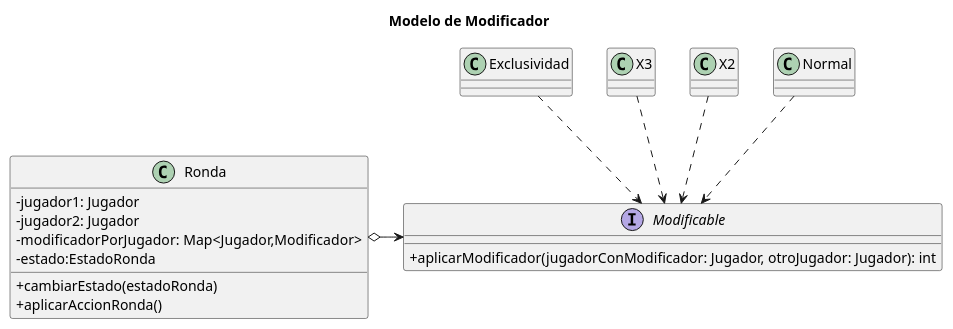
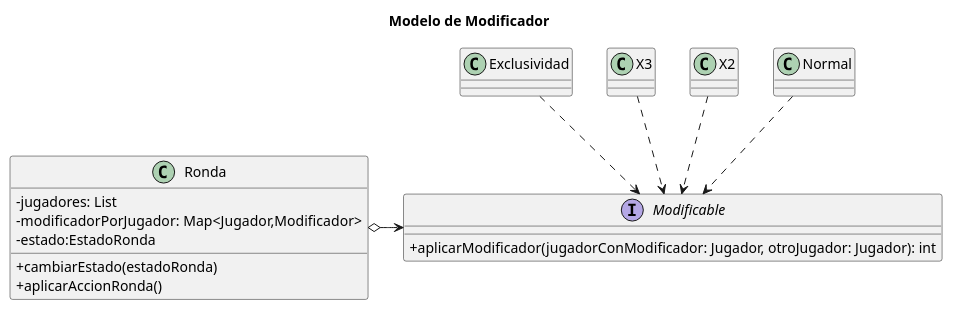
Before and after one commit to gylopezgiles/TP2: the diagram in doc/Diagramas/Diagramas_Clase/modificable/modificable.plantuml, drawn with PlantUML. The commit also changed 3 other files, not shown here.

```diff
--- a/doc/Diagramas/Diagramas_Clase/modificable/modificable.plantuml
+++ b/doc/Diagramas/Diagramas_Clase/modificable/modificable.plantuml
@@ -1,40 +1,39 @@
 @startuml
 title Modelo de Modificador
 skinparam classAttributeIconSize 0
 
 
 class Ronda {
-    - jugador1: Jugador
-    - jugador2: Jugador
+    - jugadores: List
     - modificadorPorJugador: Map<Jugador,Modificador>
     - estado:EstadoRonda
 
     + cambiarEstado(estadoRonda)
     + aplicarAccionRonda()
 }
 
 interface Modificable{
     + aplicarModificador(jugadorConModificador: Jugador, otroJugador: Jugador): int
 }
 
 class Normal{
 }
 
 class X2{
 }
 
 class X3{
 }
 
 class Exclusividad{
 }
 
 
 Ronda o-> Modificable
 
 Modificable <.up. Normal
 Modificable <.up. X2
 Modificable <.up. X3
 Modificable <.up. Exclusividad
 
 @enduml
```
